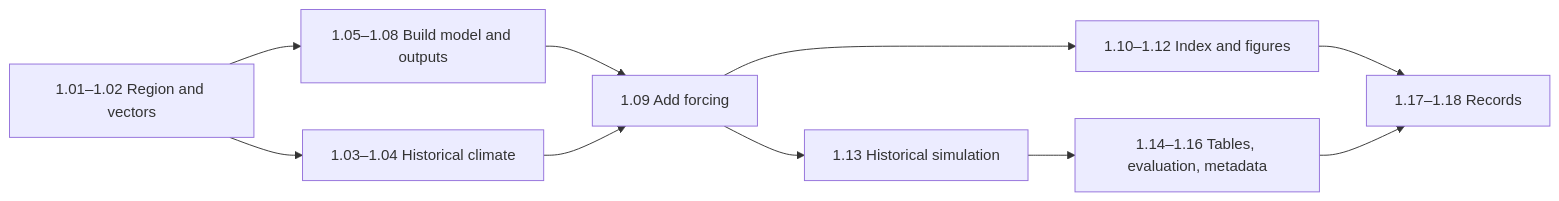
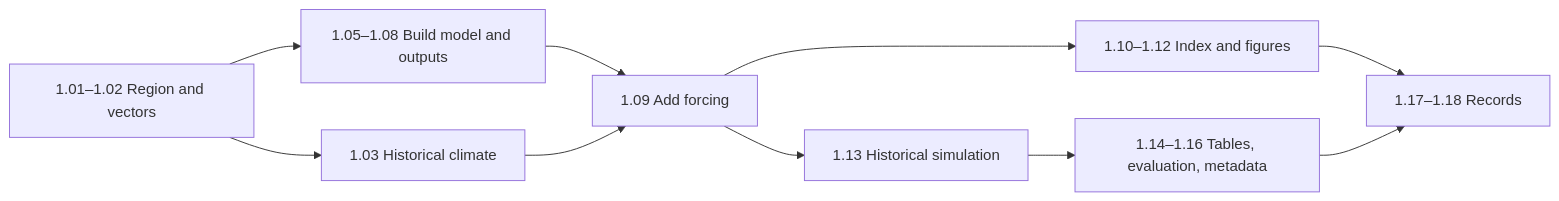
Before and after one commit to tanerumit/blueearth_cst: the diagram in docs/site/toolbox-reference/workflow-build-model.qmd, drawn with Mermaid. The commit also changed other lines of this file and 15 other files, not shown here.

````diff
--- a/docs/site/toolbox-reference/workflow-build-model.qmd
+++ b/docs/site/toolbox-reference/workflow-build-model.qmd
@@ -35,12 +35,12 @@
 ```{mermaid}
 flowchart LR
   A["1.01–1.02 Region and vectors"] --> B["1.05–1.08 Build model and outputs"]
-  A --> C["1.03–1.04 Historical climate"]
+  A --> C["1.03 Historical climate"]
   B --> D["1.09 Add forcing"]
   C --> D
   D --> E["1.13 Historical simulation"]
   D --> F["1.10–1.12 Index and figures"]
   E --> G["1.14–1.16 Tables, evaluation, metadata"]
   F --> H["1.17–1.18 Records"]
   G --> H
 ```
````
